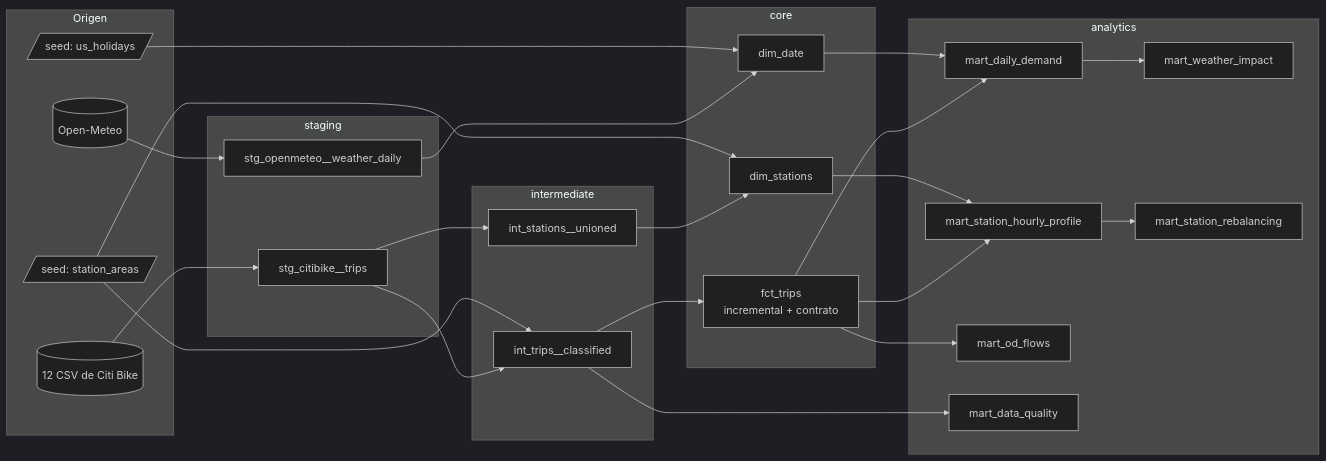
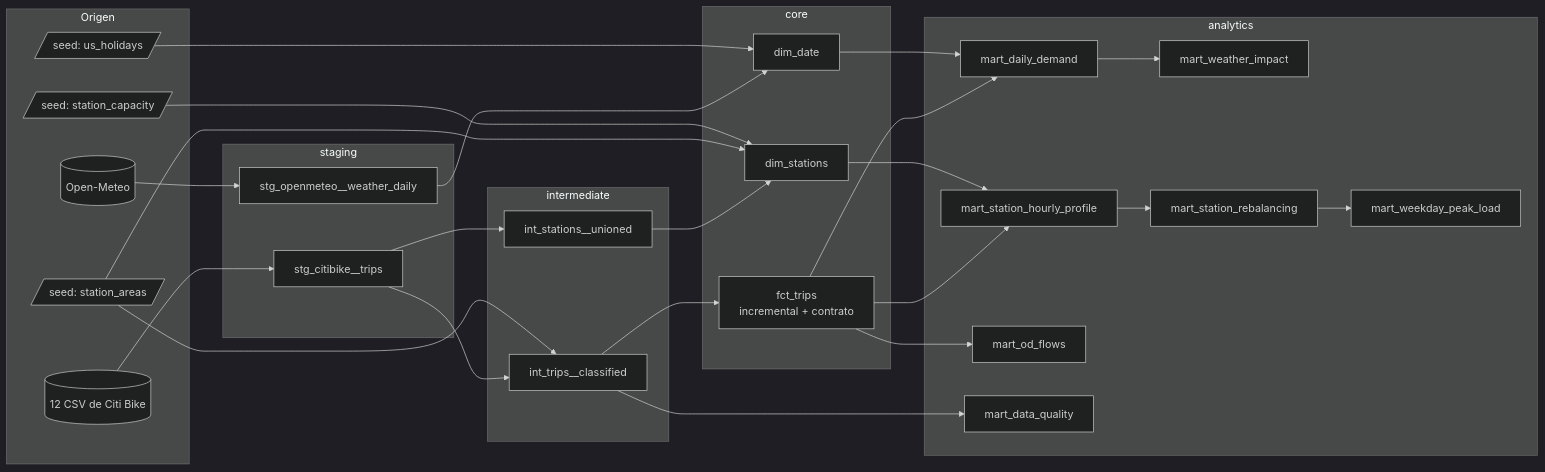
Before and after one commit to alvarodc093-pixel/CitiBike-dbt-Analytics: the diagram in README.md, drawn with Mermaid (dark theme). The commit also changed other lines of this file and 24 other files, not shown here.

````diff
--- a/README.md
+++ b/README.md
@@ -41,40 +41,44 @@
 ```mermaid
 flowchart LR
     subgraph Origen
         A[(12 CSV de Citi Bike)]
         B[(Open-Meteo)]
         S1[/seed: station_areas/]
         S2[/seed: us_holidays/]
+        S3[/seed: station_capacity/]
     end
     subgraph staging
         C[stg_citibike__trips]
         D[stg_openmeteo__weather_daily]
     end
     subgraph intermediate
         E[int_trips__classified]
         F[int_stations__unioned]
     end
     subgraph core
         G[fct_trips<br/>incremental + contrato]
         H[dim_stations]
         I[dim_date]
     end
     subgraph analytics
         J[mart_daily_demand]
         K[mart_weather_impact]
         L[mart_station_hourly_profile]
         M[mart_station_rebalancing]
         N[mart_od_flows]
         O[mart_data_quality]
+        P[mart_weekday_peak_load]
     end
     A --> C --> E --> G
     C --> F --> H
     B --> D --> I
     S1 --> E
     S1 --> H
     S2 --> I
+    S3 --> H
+    M --> P
     G --> J & L & N
     I --> J --> K
     H --> L --> M
     E --> O
 ```
````
